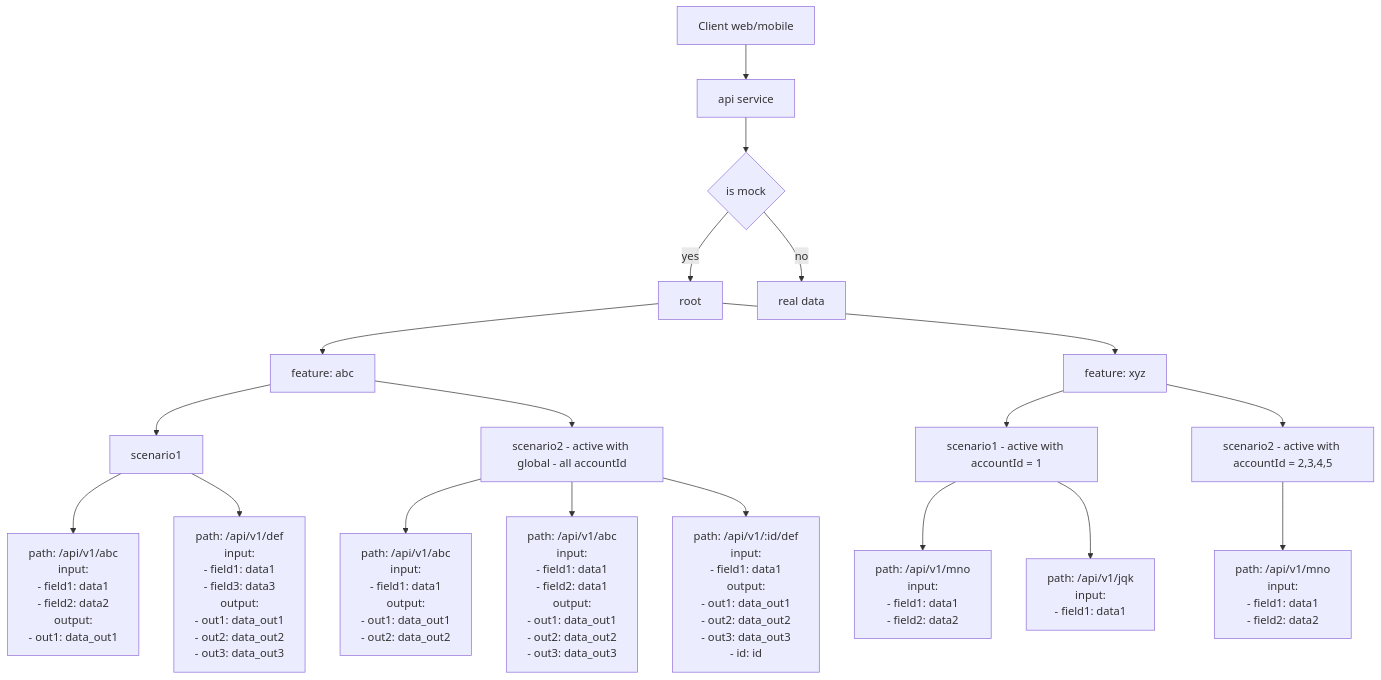
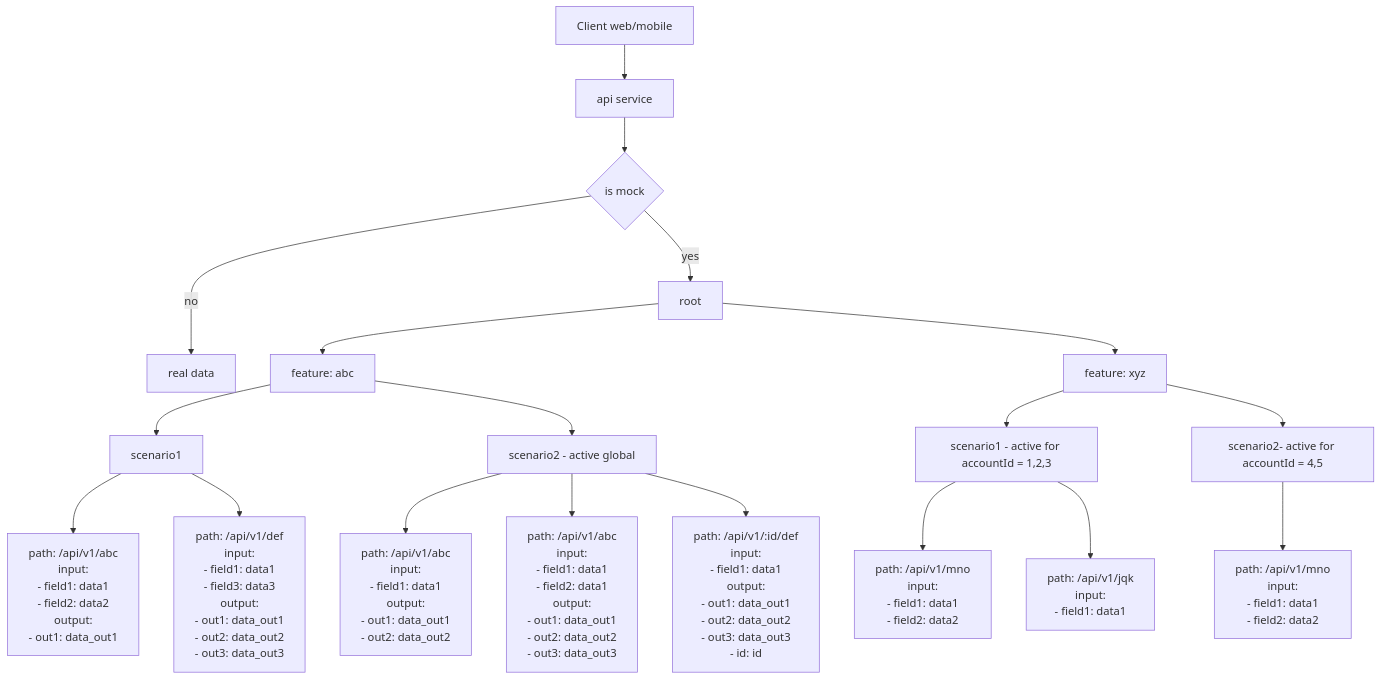
Before and after one commit to NamNV2496/mocktool: the diagram in README.md, drawn with Mermaid. The commit also changed other lines of this file and 31 other files, not shown here.

````diff
--- a/README.md
+++ b/README.md
@@ -13,30 +13,32 @@
 ```mermaid
 flowchart TB
     Client[Client web/mobile] --> API[api service]
 
     API --> ISMOCK{is mock}
+    ISMOCK -- no ---> REAL[real data]
     ISMOCK -- yes --> ROOT[root]
-    ISMOCK -- no --> REAL[real data]
+
 
     %% Feature abc
     ROOT --> ABC[feature: abc]
     ABC --> ABC_S1[scenario1]
-    ABC --> ABC_S2[scenario2 - active with global - all accountId]
+    ABC --> ABC_S2[scenario2 - active global]
 
     ABC_S1 --> ABC_S1_P1["path: /api/v1/abc<br/>input:<br/>- field1: data1<br/>- field2: data2<br/>output:<br/>- out1: data_out1"]
     ABC_S1 --> ABC_S1_P2["path: /api/v1/def<br/>input:<br/>- field1: data1<br/>- field3: data3<br/>output:<br/>- out1: data_out1<br/>- out2: data_out2<br/>- out3: data_out3"]
 
     ABC_S2 --> ABC_S2_P1["path: /api/v1/abc<br/>input:<br/>- field1: data1<br/>output:<br/>- out1: data_out1<br/>- out2: data_out2"]
     ABC_S2 --> ABC_S2_P2["path: /api/v1/abc<br/>input:<br/>- field1: data1<br/>- field2: data1<br/>output:<br/>- out1: data_out1<br/>- out2: data_out2<br/>- out3: data_out3"]
     ABC_S2 --> ABC_S2_P3["path: /api/v1/:id/def<br/>input:<br/>- field1: data1<br/>output:<br/>- out1: data_out1<br/>- out2: data_out2<br/>- out3: data_out3<br/>- id: id"]
 
     %% Feature xyz
     ROOT --> XYZ[feature: xyz]
-    XYZ --> XYZ_S1[scenario1 - active with accountId = 1]
-    XYZ --> XYZ_S2[scenario2 - active with accountId = 2,3,4,5]
+    XYZ --> XYZ_S1[scenario1 - active for accountId = 1,2,3]
+    XYZ --> XYZ_S2[scenario2- active for accountId = 4,5]
 
     XYZ_S1 --> XYZ_S1_P1["path: /api/v1/mno<br/>input:<br/>- field1: data1<br/>- field2: data2"]
     XYZ_S1 --> XYZ_S1_P2["path: /api/v1/jqk<br/>input:<br/>- field1: data1<br/>"]
 
     XYZ_S2 --> XYZ_S2_P1["path: /api/v1/mno<br/>input:<br/>- field1: data1<br/>- field2: data2"]
+
 ```
````
